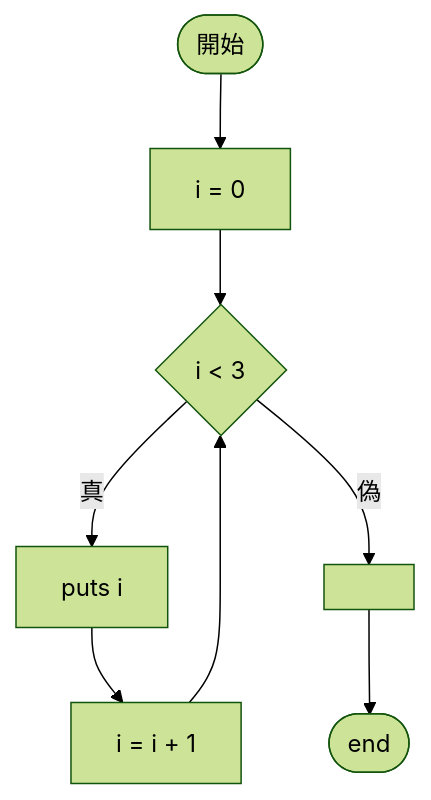
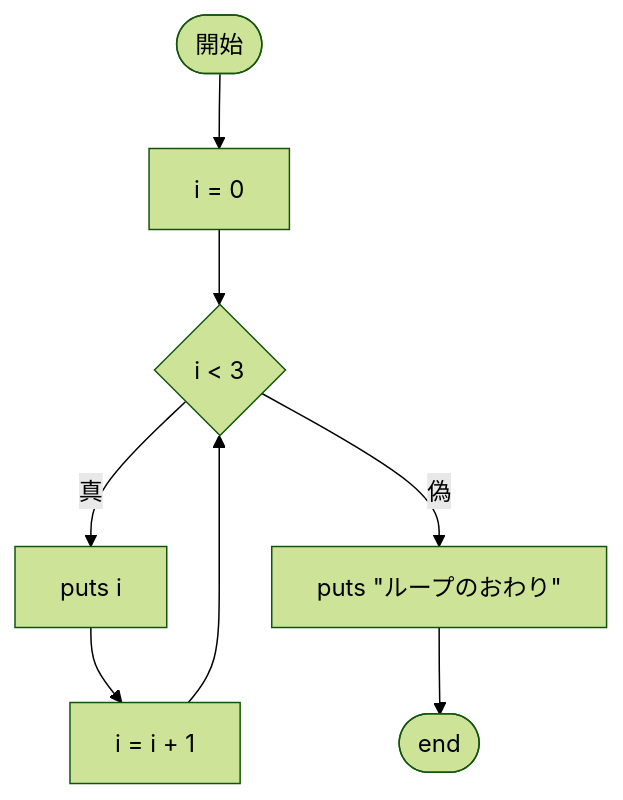
The second of 2 diagrams in 04/orientation.md (TORIFUKUKaiou/rails-dojo-year1-content), drawn with Mermaid (forest theme) before and after one commit. The commit also changed other lines of this file, not shown here.

Commit message:
Align counter loop code and flowchart: add puts after loop end

````diff
--- a/04/orientation.md
+++ b/04/orientation.md
@@ -136,10 +138,10 @@
 ```mermaid
 flowchart TD
     A([開始]) --> B["i = 0"]
     B --> C{i < 3}
     C -- 真 --> D["puts i"]
     D --> E["i = i + 1"]
     E --> C
-    C -- 偽 --> F[ ]
+    C -- 偽 --> F["puts &quot;ループのおわり&quot;"]
     F --> G([end])
 ```
````
